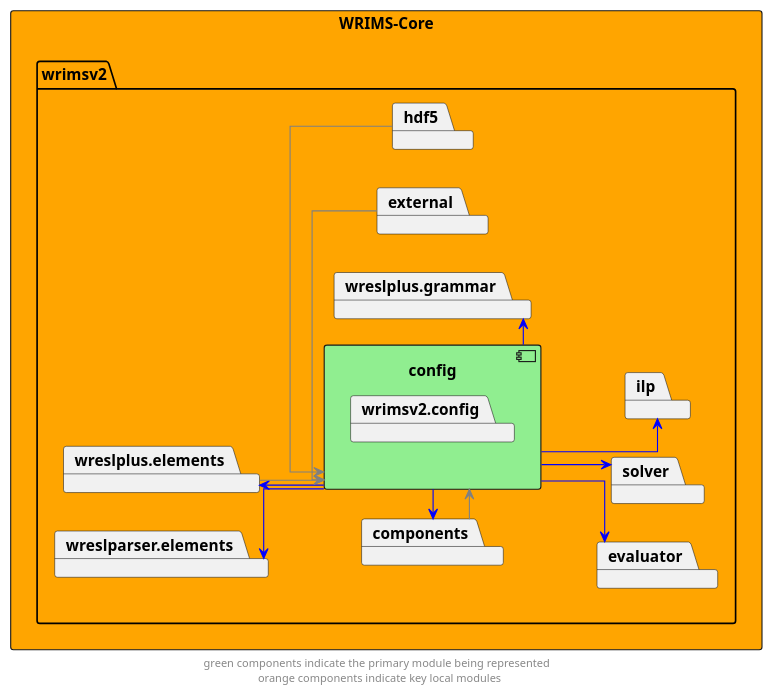
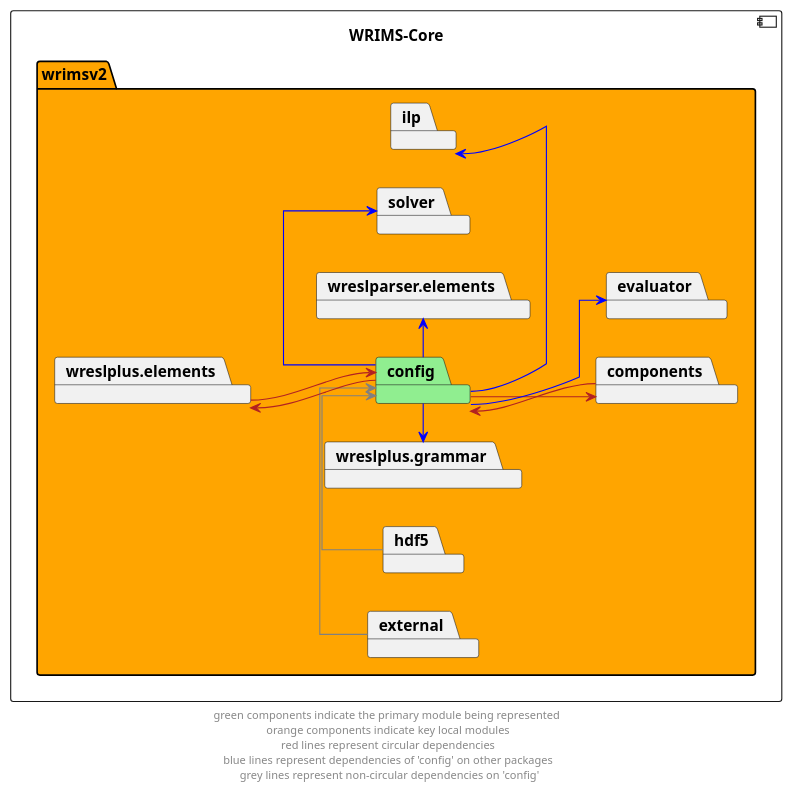
The diagram in docs/diagrams/wrims-core/wrims-core_config.puml (CentralValleyModeling/wrims), drawn with PlantUML before and after one commit. The commit also changed 63 other files, not shown here.

Commit message:
updated diagrams for improved consistency and legibility

```diff
--- a/docs/diagrams/wrims-core/wrims-core_config.puml
+++ b/docs/diagrams/wrims-core/wrims-core_config.puml
@@ -1,45 +1,41 @@
 @startuml
 left to right direction
 skinparam linetype ortho
 
-rectangle wrims_core as "WRIMS-Core" #orange {
-    package wrimsv2 {
-        package config {
-            component config #lightgreen {
-                package wrimsv2.config
-            }
-        }
+component wrims_core as "WRIMS-Core" {
+    package wrimsv2 #orange {
+        package config #lightgreen
         package components
         package evaluator
         package external
         package hdf5
         package ilp
         package solver
         package wreslparser.elements
         package wreslplus.elements
         package wreslplus.grammar
     }
 }
 
 hdf5 -> config #grey
 external -> config #grey
 
-config -r-> components #blue
-components --> config #grey
-config -r->  wreslplus.elements #blue
-wreslplus.elements --> config #grey
+config --> components #firebrick
+components --> config #firebrick
+config -l->  wreslplus.elements #firebrick
+wreslplus.elements --> config #firebrick
 
 config -d->  evaluator #blue
-config -d->  ilp #blue
-config -d->  solver #blue
-config -d->  wreslparser.elements #blue
+config -r->  ilp #blue
+config -r->  solver #blue
+config -r->  wreslparser.elements #blue
 config -l->  wreslplus.grammar #blue
 
 ' The following relationships are hidden and used to format the diagram. They do not represent actual dependencies.
 config -r[hidden]-> evaluator
 components -r[hidden]-> config
 wreslparser.elements -d[hidden]-> components
 wreslparser.elements -r[hidden]-> evaluator
 
-footer "green components indicate the primary module being represented \n orange components indicate key local modules"
+footer "green components indicate the primary module being represented \n orange components indicate key local modules \n red lines represent circular dependencies \n blue lines represent dependencies of 'config' on other packages \n grey lines represent non-circular dependencies on 'config'"
 @enduml
```
